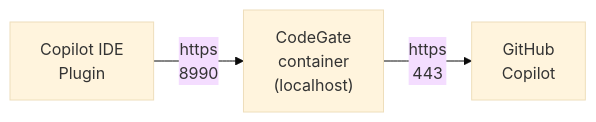
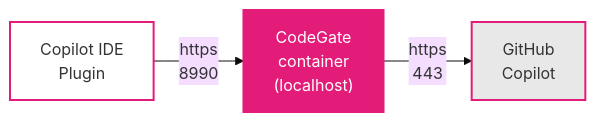
One commit to stacklok/codegate-docs changed the diagram in docs/integrations/copilot.mdx. Above: the diagram before and after it, drawn with Mermaid (base theme). The commit also changed 2 other files, not shown here.

Commit message:
Update mermaid styles

````diff
--- a/docs/integrations/copilot.mdx
+++ b/docs/integrations/copilot.mdx
@@ -37,8 +37,13 @@
 ```mermaid
 flowchart LR
-  Plugin[Copilot IDE<br>Plugin]
-  CodeGate["CodeGate<br>container<br>(localhost)"]
-  Copilot[GitHub<br>Copilot]
+  Plugin[Copilot IDE<br>Plugin]:::secondary
+  CodeGate["CodeGate<br>container<br>(localhost)"]:::primary
+  Copilot[GitHub<br>Copilot]:::tertiary
+
   Plugin -->|"https<br>8990"| CodeGate
   CodeGate -->|"https<br>443"| Copilot
+
+  classDef primary fill:#E31C79,stroke:#E31C79,color:#FFFFFF,stroke-width:2px
+  classDef secondary fill:#FFFFFF,stroke:#E31C79,color:#333333,stroke-width:2px
+  classDef tertiary fill:#E8E8E8,stroke:#E31C79,color:#333333,stroke-width:2px
 ```
````
